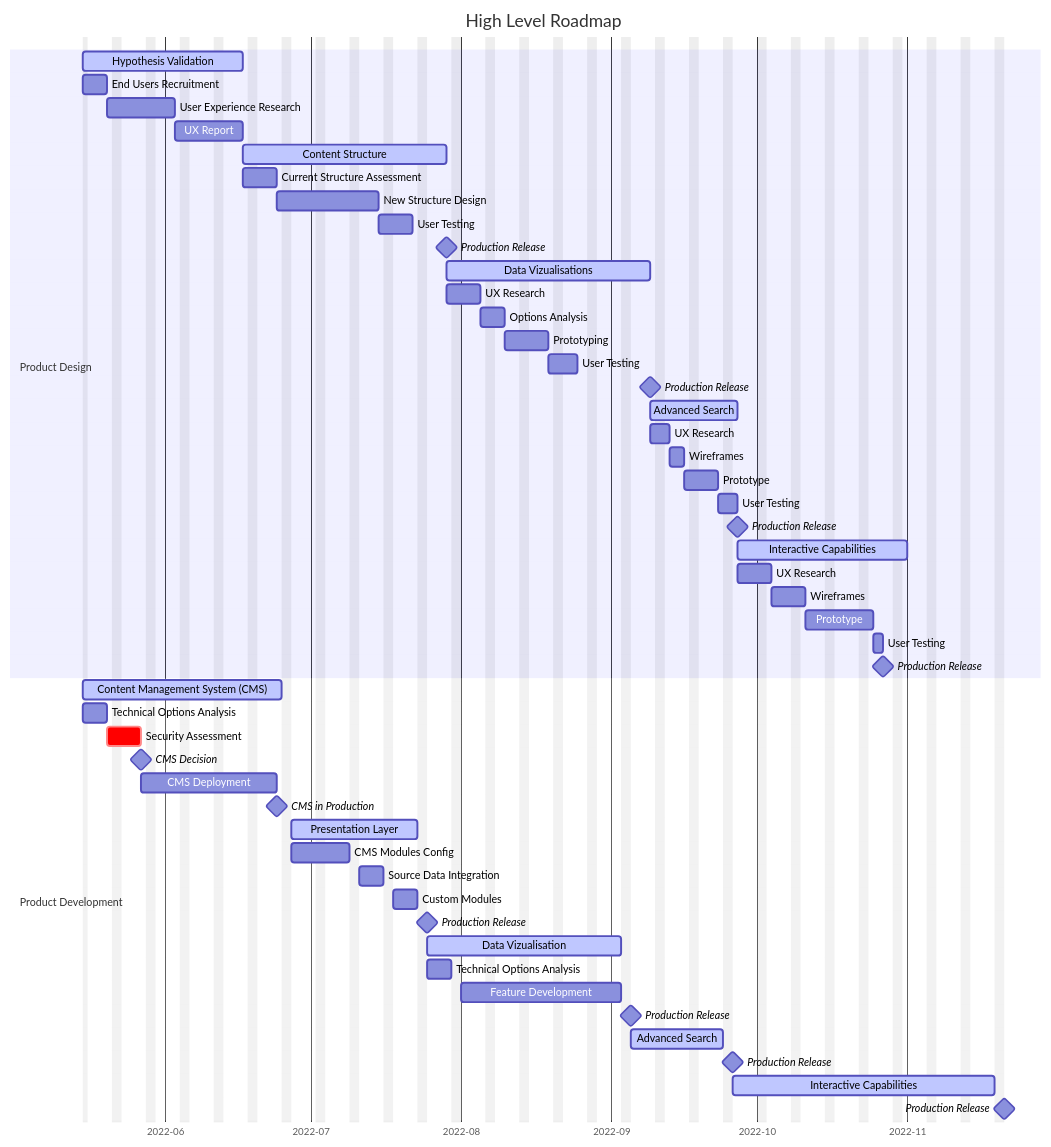
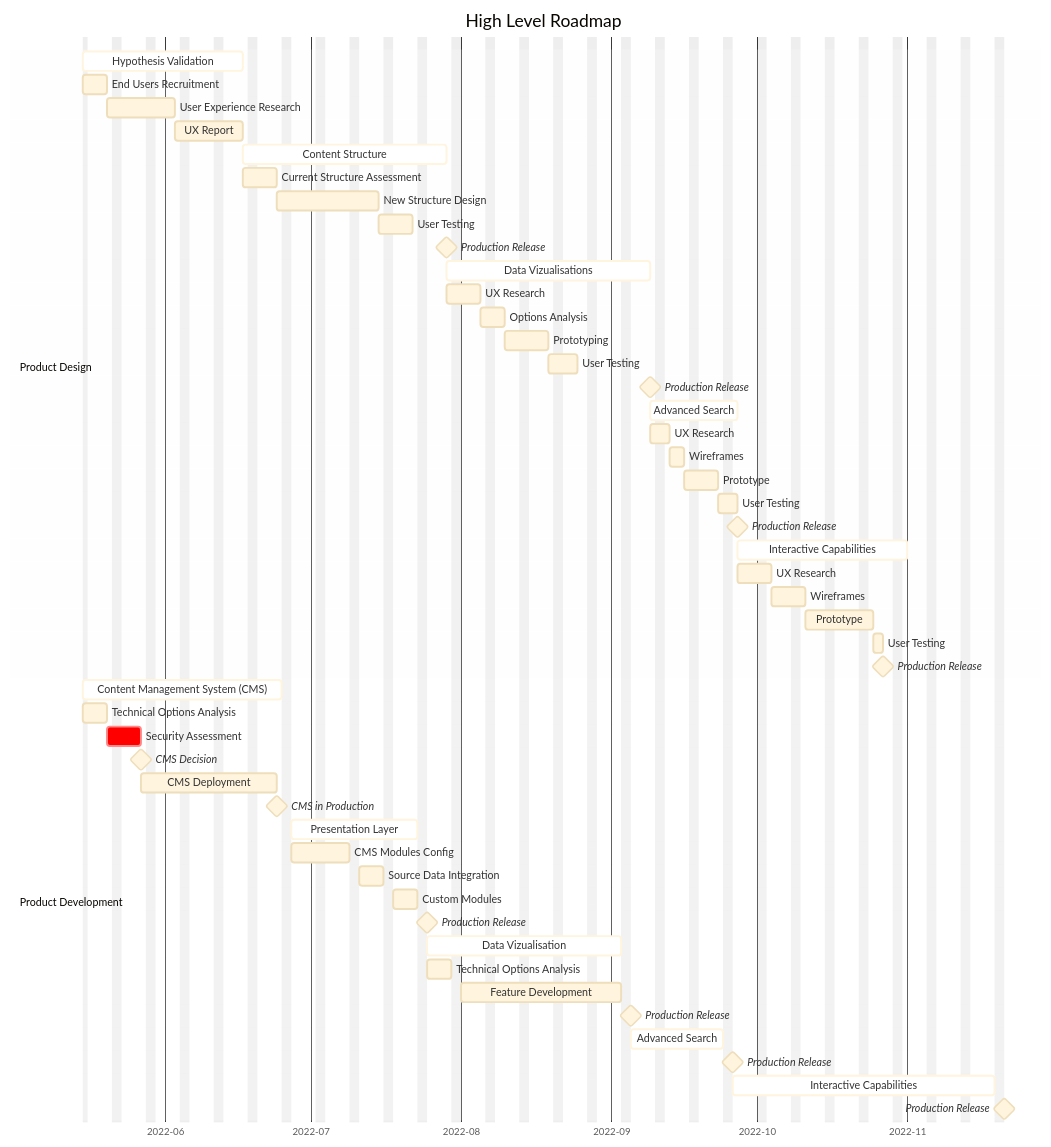
The diagram in base-product-roadmap.md (cds-snc/consultation-references), drawn with Mermaid before and after one commit.

Commit message:
Add base theme

````diff
--- a/base-product-roadmap.md
+++ b/base-product-roadmap.md
@@ -17,69 +17,70 @@
 ```mermaid
+%%{init: {'theme':'base'}}%%
 gantt
     title High Level Roadmap
     dateFormat  YYYY-MM-DD
     axisFormat  %Y-%m
     excludes    weekends
 
     section Product Design
 
     Hypothesis Validation               :active,  des1, 2022-05-15, 25d
     End Users Recruitment               :2022-05-15, 5d
     User Experience Research            :10d
     UX Report                           :10d
 
     Content Structure                   :active, des2, after des1,  30d
     Current Structure Assessment        :des2a, after des1, 5d
     New Structure Design                :15d
     User Testing                        :5d
     Production Release                  :milestone, mil1, after des2, 0d
     
     Data Vizualisations             :active, des3, after mil1, 30d
     UX Research                     :after mil1, 5d
     Options Analysis                :3d
     Prototyping                     :7d
     User Testing                    :4d
     Production Release              :milestone, mil2, after des3, 0d
     
     Advanced Search                 :active, des4, after des3, 12d
     UX Research                     :after des3, 2d
     Wireframes                      :3d
     Prototype                       :5d
     User Testing                    :2d
     Production Release              :milestone, 0d
 
     Interactive Capabilities            :active, des5, after des4, 25d
     UX Research                         :after des4, 5d
     Wireframes                          :5d
     Prototype                           :10d
     User Testing                        :2d
     Production Release                  :milestone, 0d
 
 
     section Product Development
 
     Content Management System (CMS) :active, dev1, 2022-05-15, 31d
     Technical Options Analysis :2022-05-15, 5d
     Security Assessment          :crit,  5d
     CMS Decision: milestone, 0d
     CMS Deployment      : 20d
     CMS in Production: milestone, 0d
     
     Presentation Layer              :active, dev2, after dev1, 20d
     CMS Modules Config              :after dev1, 10d
     Source Data Integration         :5d
     Custom Modules                  :5d
     Production Release              :milestone, 0d
 
     Data Vizualisation              :active, dev3, after dev2, 30d
     Technical Options Analysis      :after dev2, 5d
     Feature Development             :25d
     Production Release              :milestone, 0d
 
     Advanced Search                 :active, dev4, after dev3, 15d
     Production Release              : milestone, 0d
 
     Interactive Capabilities        :active, dev5, after dev4, 40d
     Production Release              : milestone, 0d
     
 ```
````
